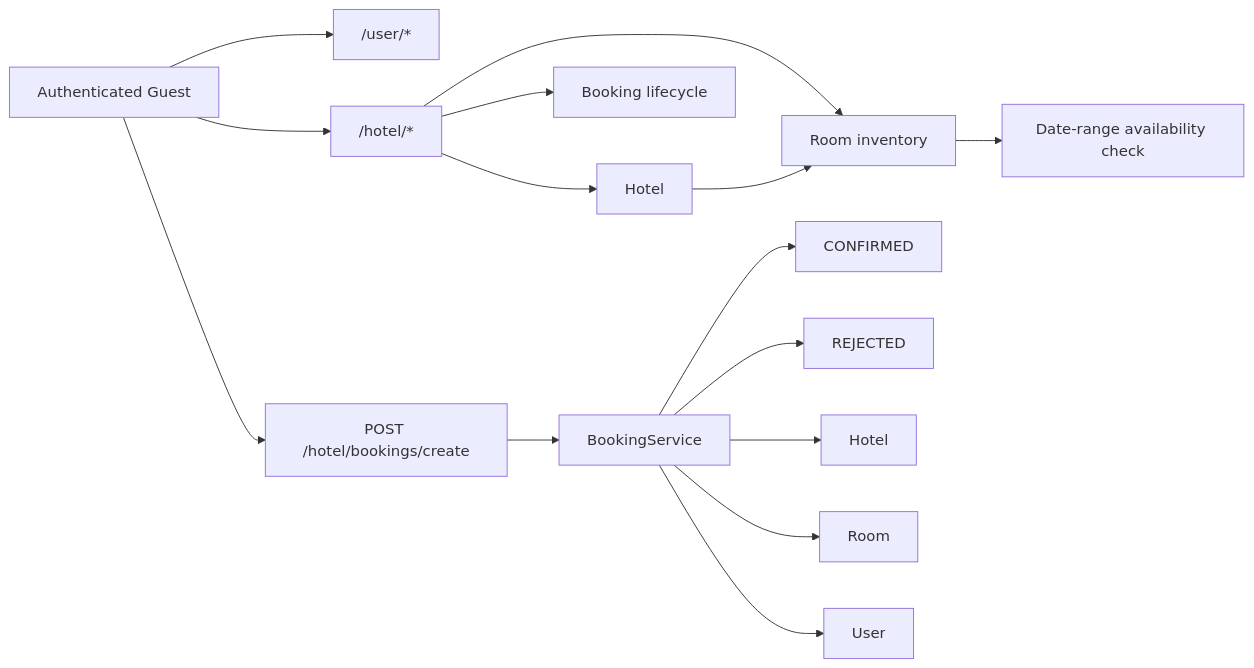
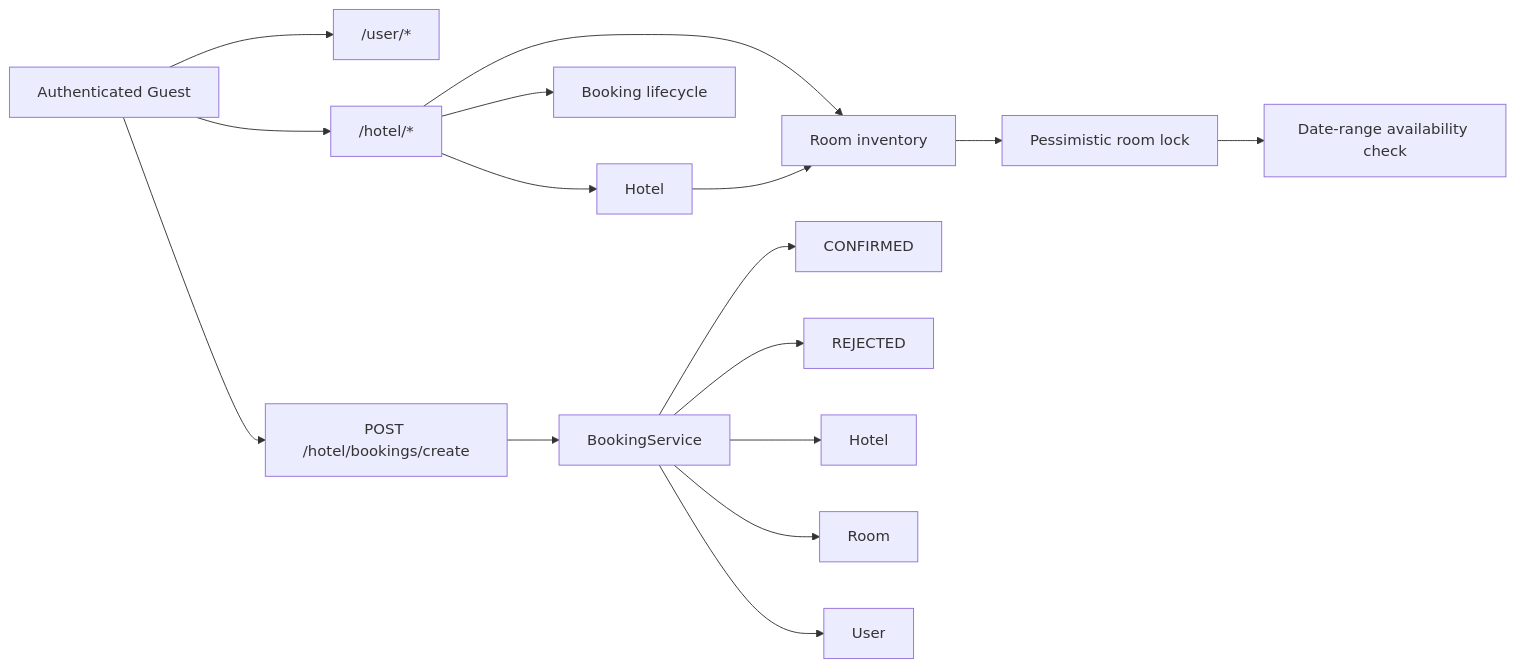
One commit to byte2code/hotel-management-api changed the diagram in README.md. Above: the diagram before and after it, drawn with Mermaid. The commit also changed other lines of this file and 4 other files, not shown here.

````diff
--- a/README.md
+++ b/README.md
@@ -180,19 +181,20 @@
 ```mermaid
 flowchart LR
     Guest[Authenticated Guest] --> UserAPI["/user/*"]
     Guest --> HotelAPI["/hotel/*"]
 
     HotelAPI --> Hotels["Hotel"]
     HotelAPI --> Rooms["Room inventory"]
     HotelAPI --> Bookings["Booking lifecycle"]
 
     Hotels --> Rooms
-    Rooms --> Availability["Date-range availability check"]
+    Rooms --> LockedRoom["Pessimistic room lock"]
+    LockedRoom --> Availability["Date-range availability check"]
     Guest --> BookingRequest["POST /hotel/bookings/create"]
     BookingRequest --> BookingService["BookingService"]
     BookingService --> Confirmed["CONFIRMED"]
     BookingService --> Rejected["REJECTED"]
     BookingService --> HotelEntity["Hotel"]
     BookingService --> RoomEntity["Room"]
     BookingService --> UserEntity["User"]
 ```
````
